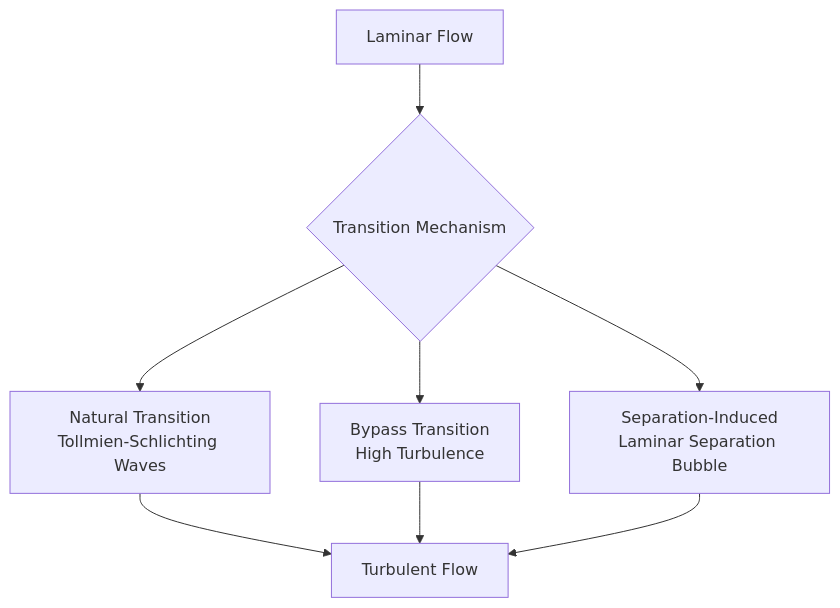
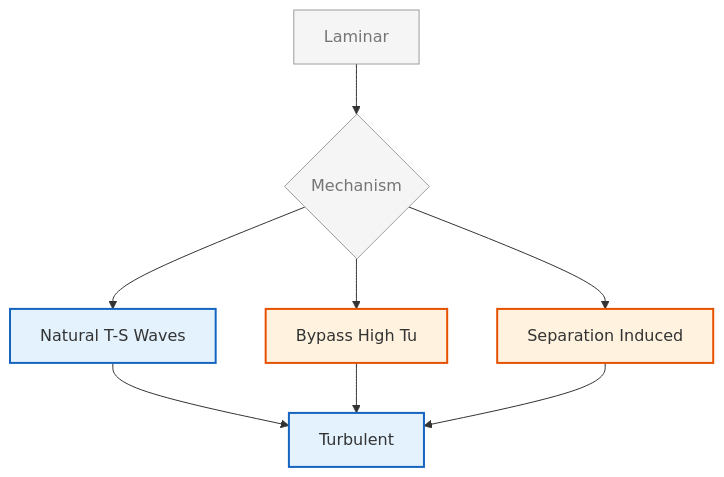
The third of 4 diagrams in MODULE_03_SINGLE_PHASE_FLOW/CONTENT/07_ADVANCED_TOPICS/02_Advanced_Turbulence.md (wramet/build-my-cfd), drawn with Mermaid before and after one commit. The commit also changed other lines of this file and 313 other files, not shown here.

Commit message:
Revise all diagram

````diff
--- a/MODULE_03_SINGLE_PHASE_FLOW/CONTENT/07_ADVANCED_TOPICS/02_Advanced_Turbulence.md
+++ b/MODULE_03_SINGLE_PHASE_FLOW/CONTENT/07_ADVANCED_TOPICS/02_Advanced_Turbulence.md
@@ -382,10 +386,13 @@
 ```mermaid
 flowchart TD
-    A[Laminar Flow] --> B{Transition Mechanism}
-    B --> C[Natural Transition<br/>Tollmien-Schlichting Waves]
-    B --> D[Bypass Transition<br/>High Turbulence]
-    B --> E[Separation-Induced<br/>Laminar Separation Bubble]
-    C --> F[Turbulent Flow]
-    D --> F
-    E --> F
+%% Classes
+classDef explicit fill:#fff3e0,stroke:#e65100,stroke-width:2px;
+classDef implicit fill:#e3f2fd,stroke:#1565c0,stroke-width:2px;
+classDef context fill:#f5f5f5,stroke:#9e9e9e,stroke-width:1px,color:#757575;
+%% Nodes
+A[Laminar]:::context --> B{Mechanism}:::context
+B --> C[Natural T-S Waves]:::implicit
+B --> D[Bypass High Tu]:::explicit
+B --> E[Separation Induced]:::explicit
+C & D & E --> F[Turbulent]:::implicit
 ```
````
